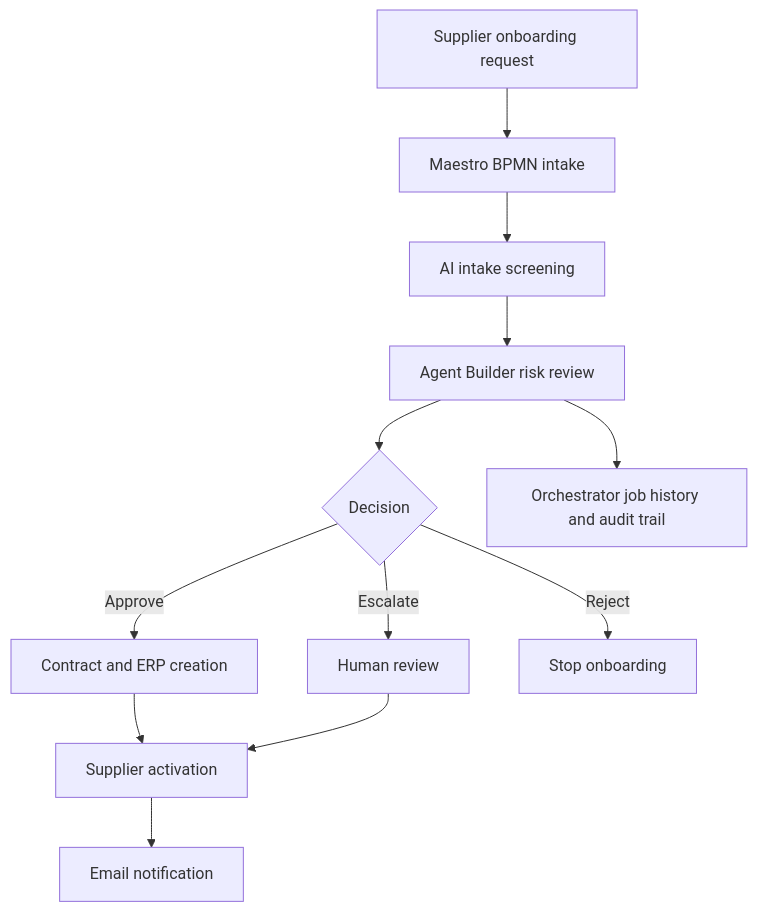
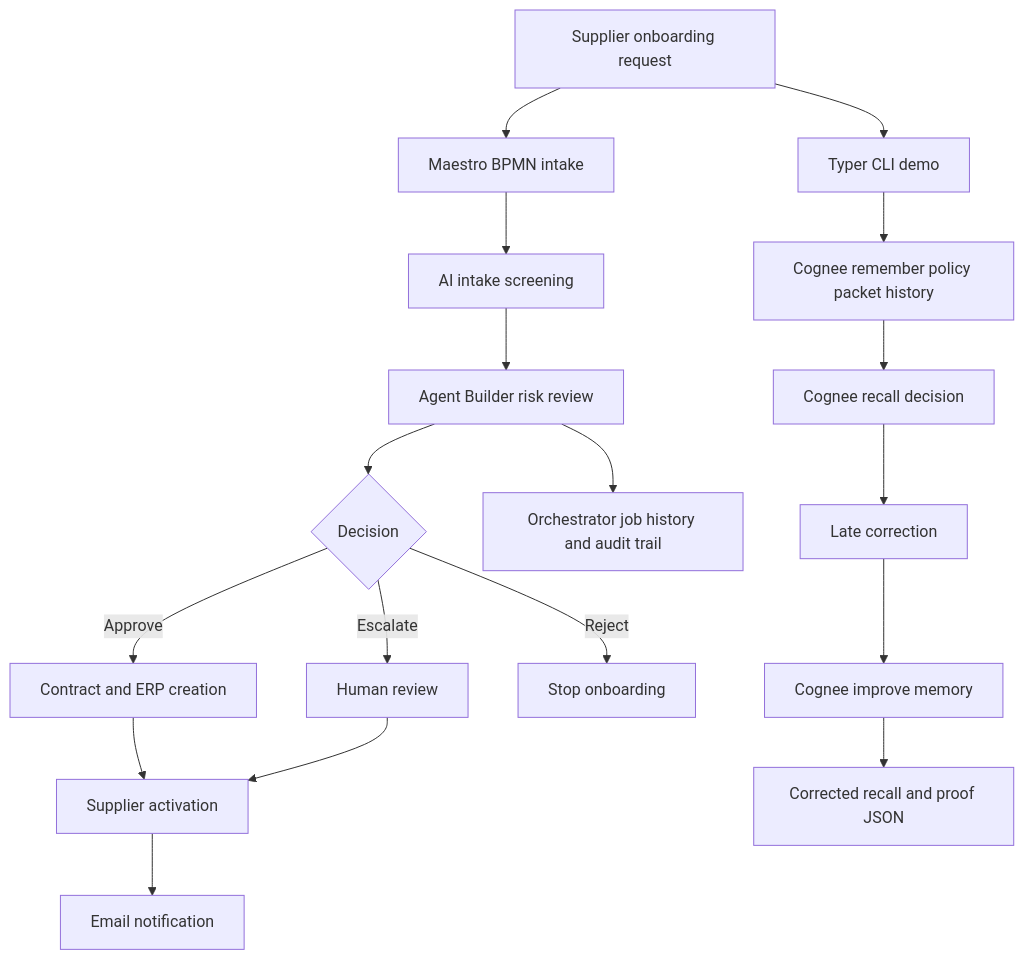
Before and after one commit to raj921/Supplier-Onboarding-Risk-Agent: the diagram in docs/architecture.md, drawn with Mermaid. The commit also changed other lines of this file and 28 other files, not shown here.

````diff
--- a/docs/architecture.md
+++ b/docs/architecture.md
@@ -19,14 +21,20 @@
 ```mermaid
 flowchart TD
     A[Supplier onboarding request] --> B[Maestro BPMN intake]
     B --> C[AI intake screening]
     C --> D[Agent Builder risk review]
     D --> E{Decision}
     E -->|Approve| F[Contract and ERP creation]
     E -->|Escalate| G[Human review]
     E -->|Reject| H[Stop onboarding]
     F --> I[Supplier activation]
     G --> I
     I --> J[Email notification]
     D --> K[Orchestrator job history and audit trail]
+    A --> L[Typer CLI demo]
+    L --> M[Cognee remember policy packet history]
+    M --> N[Cognee recall decision]
+    N --> O[Late correction]
+    O --> P[Cognee improve memory]
+    P --> Q[Corrected recall and proof JSON]
 ```
````
